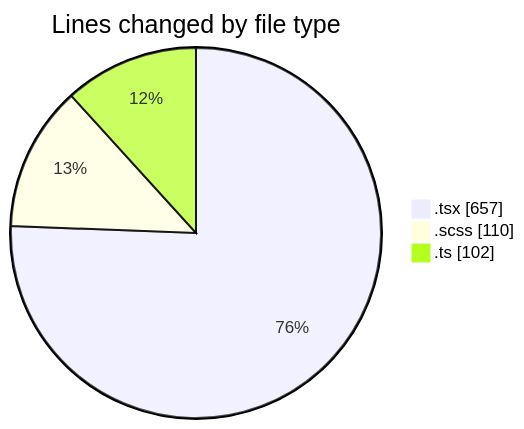
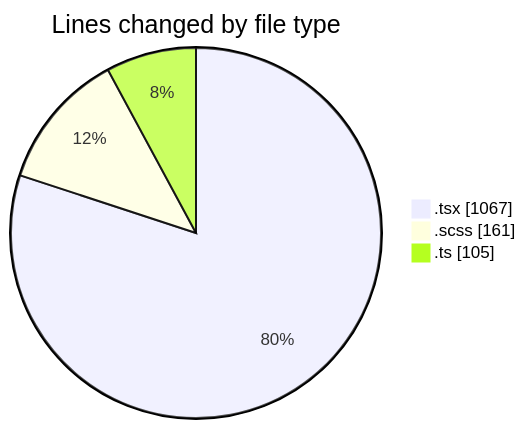
Before and after one commit to momahboobian/code-tracking: the first of 2 diagrams in 2026-11-06/cda/README.md, drawn with Mermaid. The commit also changed other lines of this file and 1 other file, not shown here.

````diff
--- a/2026-11-06/cda/README.md
+++ b/2026-11-06/cda/README.md
@@ -30,7 +34,7 @@
 ```mermaid
 pie showData
 title Lines changed by file type
-".tsx" : 657
-".scss" : 110
-".ts" : 102
+".tsx" : 1067
+".scss" : 161
+".ts" : 105
 ```
````
